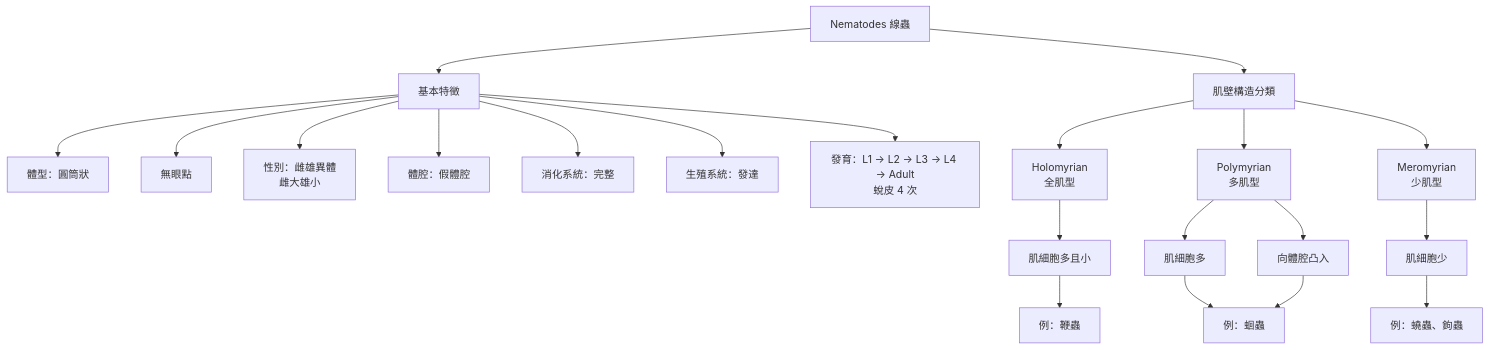
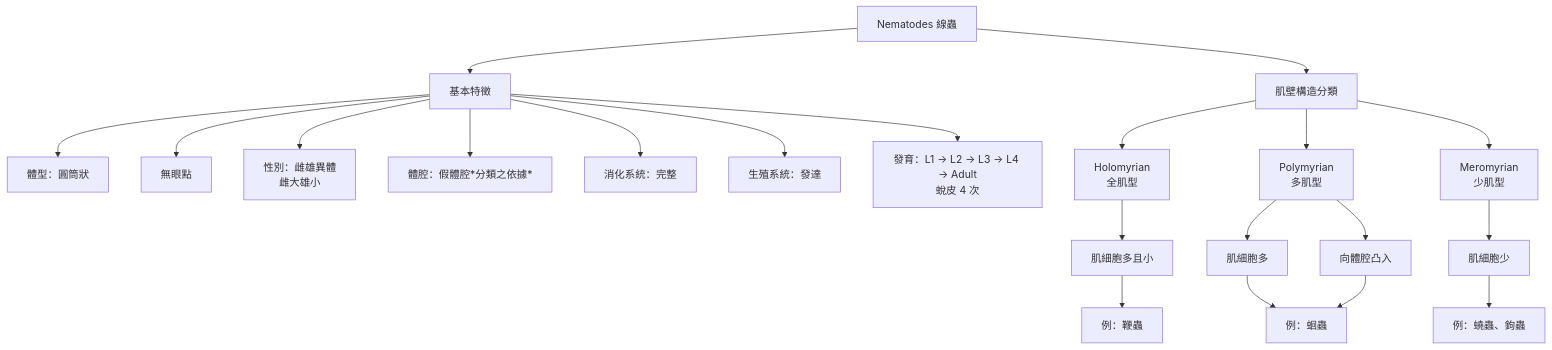
One commit to xenocgytjp/parasite-graph changed the diagram in 綜論.md. Above: the diagram before and after it, drawn with Mermaid. The commit also changed 1 other file, not shown here.

````diff
--- a/綜論.md
+++ b/綜論.md
@@ -59,32 +59,32 @@
 ```mermaid
 flowchart TD
 
 A[Nematodes 線蟲]
 
 %% ===== 基本特徵 =====
 A --> B[基本特徵]
 B --> B1[體型：圓筒狀]
 B --> B2[無眼點]
 B --> B3[性別：雌雄異體<br/>雌大雄小]
-B --> B4[體腔：假體腔]
+B --> B4[體腔：假體腔*分類之依據*]
 B --> B5[消化系統：完整]
 B --> B6[生殖系統：發達]
 B --> B7[發育：L1 → L2 → L3 → L4 → Adult<br/>蛻皮 4 次]
 
 %% ===== 肌壁分類 =====
 A --> C[肌壁構造分類]
 
 C --> C1[Holomyrian<br/>全肌型]
 C1 --> C1a[肌細胞多且小]
 C1a --> C1b[例：鞭蟲]
 
 C --> C2[Polymyrian<br/>多肌型]
 C2 --> C2a[肌細胞多]
 C2 --> C2b[向體腔凸入]
 C2a --> C2c[例：蛔蟲]
 C2b --> C2c[例：蛔蟲]
 
 C --> C3[Meromyrian<br/>少肌型]
 C3 --> C3a[肌細胞少]
 C3a --> C3b[例：蟯蟲、鉤蟲]
 ```
````
